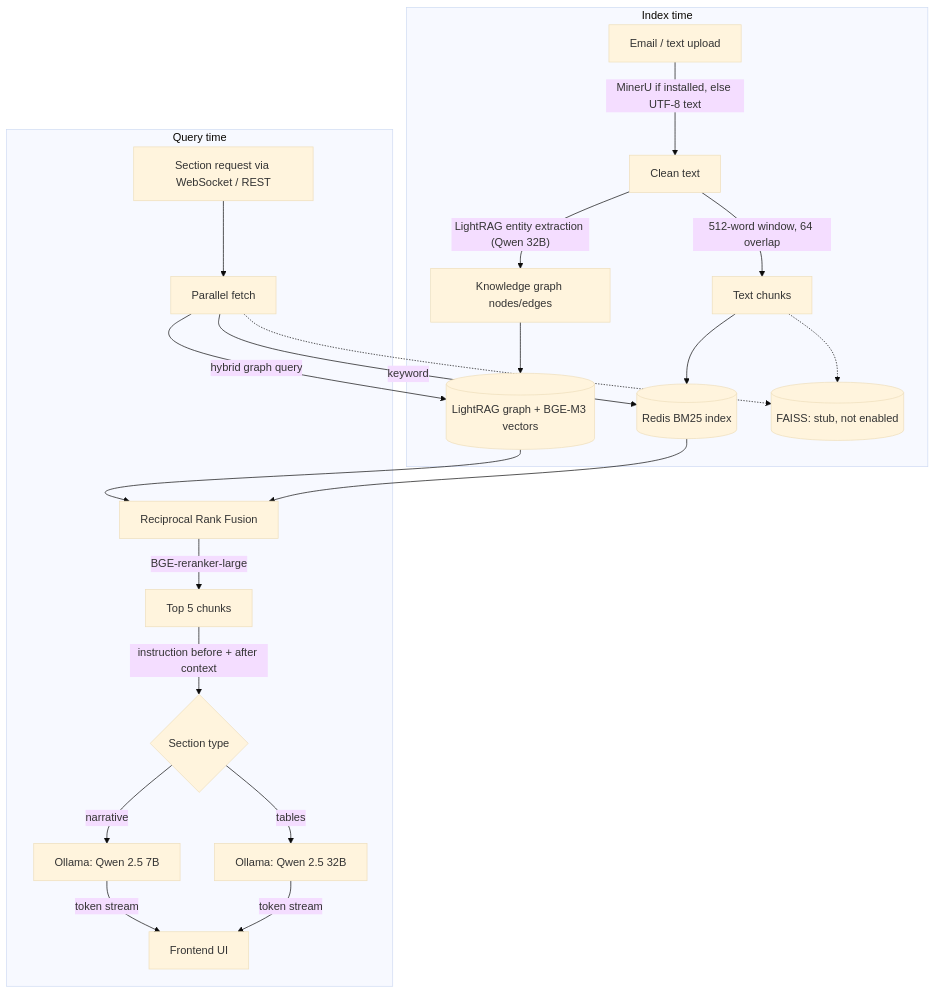
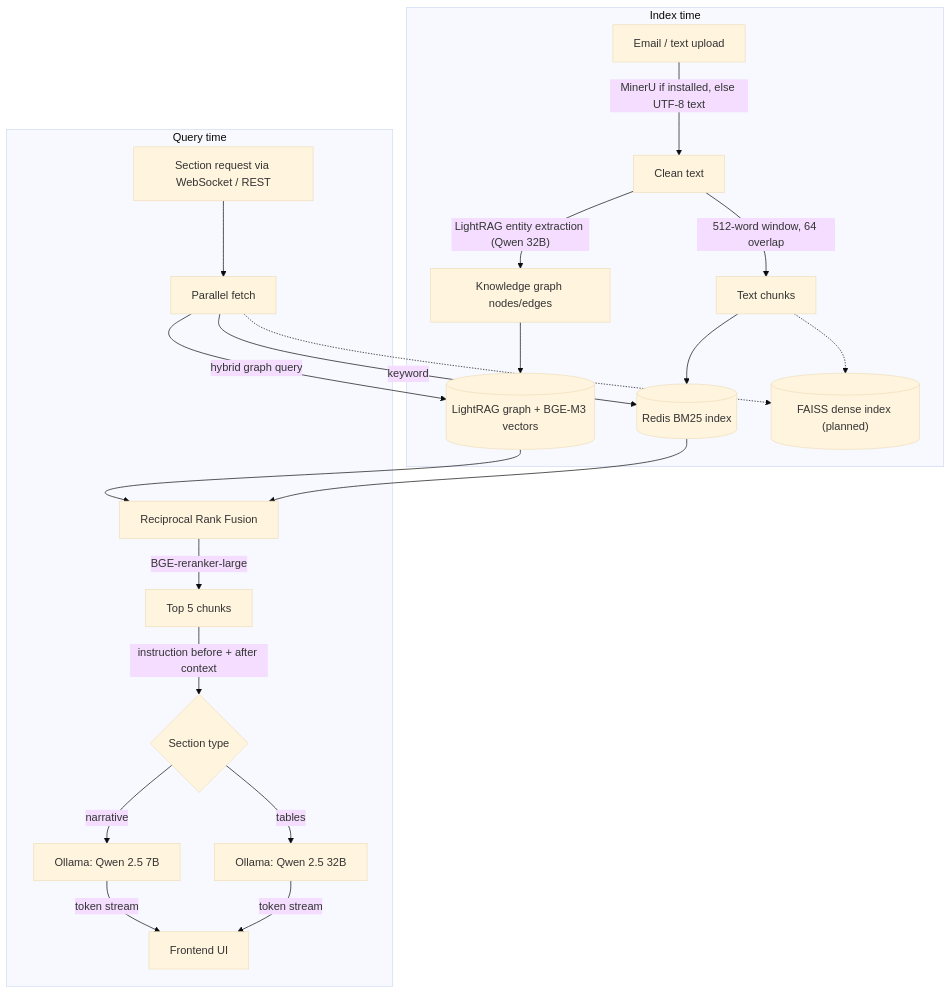
The diagram in README.md (auraCodesKM/brdAgentBackend), drawn with Mermaid (base theme) before and after one commit. The commit also changed other lines of this file, not shown here.

Commit message:
docs: lead with graph retrieval and streaming; add design choices and roadmap

````diff
--- a/README.md
+++ b/README.md
@@ -104,24 +104,24 @@
 ```mermaid
 graph TD
     subgraph Ingestion["Index time"]
         A["Email / text upload"] -->|"MinerU if installed, else UTF-8 text"| B["Clean text"]
         B -->|"512-word window, 64 overlap"| C["Text chunks"]
         B -->|"LightRAG entity extraction (Qwen 32B)"| D["Knowledge graph nodes/edges"]
         D --> H[("LightRAG graph + BGE-M3 vectors")]
         C --> K[("Redis BM25 index")]
-        C -.-> F[("FAISS: stub, not enabled")]
+        C -.-> F[("FAISS dense index (planned)")]
     end
 
     subgraph Generation["Query time"]
         I["Section request via WebSocket / REST"] --> M["Parallel fetch"]
         M -->|"hybrid graph query"| H
         M -->|"keyword"| K
         M -.-> F
         H & K --> N["Reciprocal Rank Fusion"]
         N -->|"BGE-reranker-large"| O["Top 5 chunks"]
         O -->|"instruction before + after context"| R{"Section type"}
         R -->|"narrative"| R7["Ollama: Qwen 2.5 7B"]
         R -->|"tables"| R32["Ollama: Qwen 2.5 32B"]
         R7 & R32 -->|"token stream"| S["Frontend UI"]
     end
 ```
````
